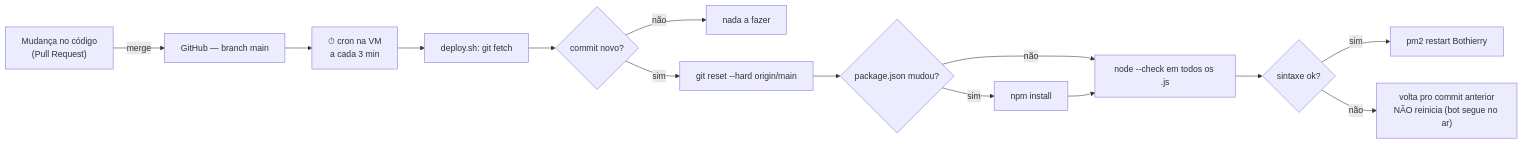
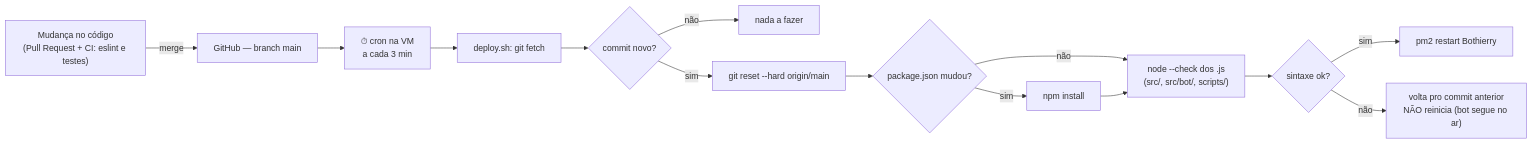
The fourth of 6 diagrams in README.md (jppaivasilva/bothierry), drawn with Mermaid before and after one commit. The commit also changed other lines of this file and 2 other files, not shown here.

````diff
--- a/README.md
+++ b/README.md
@@ -140,16 +147,16 @@
 ```mermaid
 flowchart LR
-    A["Mudança no código<br/>(Pull Request)"] -->|"merge"| B["GitHub — branch main"]
+    A["Mudança no código<br/>(Pull Request + CI: eslint e testes)"] -->|"merge"| B["GitHub — branch main"]
     B --> C["⏱ cron na VM<br/>a cada 3 min"]
     C --> D["deploy.sh: git fetch"]
     D --> E{"commit novo?"}
     E -->|não| Z["nada a fazer"]
     E -->|sim| F["git reset --hard origin/main"]
     F --> G{"package.json mudou?"}
     G -->|sim| G1["npm install"]
     G -->|não| H
-    G1 --> H["node --check em todos os .js"]
+    G1 --> H["node --check dos .js<br/>(src/, src/bot/, scripts/)"]
     H --> I{"sintaxe ok?"}
     I -->|sim| J["pm2 restart Bothierry"]
     I -->|não| K["volta pro commit anterior<br/>NÃO reinicia (bot segue no ar)"]
 ```
````
